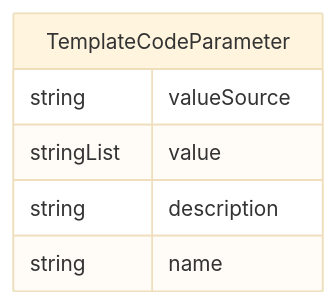
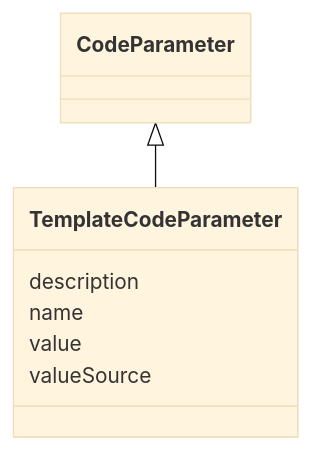
Before and after one commit to cdisc-org/analysis-results-standard: the diagram in project/docs/TemplateCodeParameter.md, drawn with Mermaid (base theme). The commit also changed 256 other files, not shown here.

Commit message:
Documentation diagrams

````diff
--- a/project/docs/TemplateCodeParameter.md
+++ b/project/docs/TemplateCodeParameter.md
@@ -13,12 +15,15 @@
 ```mermaid
-erDiagram
-TemplateCodeParameter {
-    string valueSource  
-    stringList value  
-    string description  
-    string name  
-}
-
-
-
+ classDiagram
+    class TemplateCodeParameter
+      CodeParameter <|-- TemplateCodeParameter
+      
+      TemplateCodeParameter : description
+        
+      TemplateCodeParameter : name
+        
+      TemplateCodeParameter : value
+        
+      TemplateCodeParameter : valueSource
+        
+      
 ```
````
